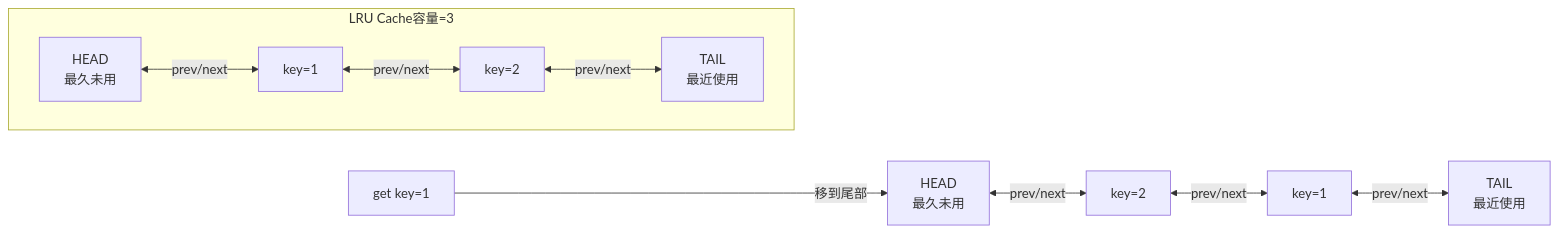
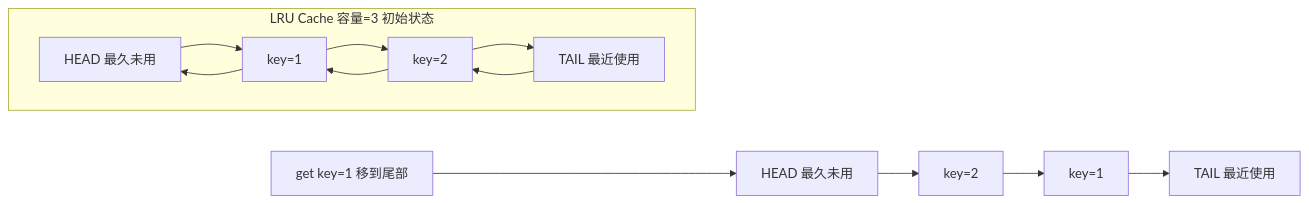
The diagram in 20_JavaKnowledge/02_集合框架/06、LinkedHashMap与LRU.md (zz12121/KnowledgeDevelope), drawn with Mermaid before and after one commit. The commit also changed 12 other files, not shown here.

Commit message:
fix: 修复全库 Mermaid 图表语法错误

````diff
--- a/20_JavaKnowledge/02_集合框架/06、LinkedHashMap与LRU.md
+++ b/20_JavaKnowledge/02_集合框架/06、LinkedHashMap与LRU.md
@@ -241,9 +241,10 @@
 ```mermaid
 flowchart LR
-    subgraph LRU[LRU Cache容量=3]
+    subgraph LRU["LRU Cache 容量=3 初始状态"]
         direction LR
-        H[HEAD<br/>最久未用] <-->|prev/next| A[key=1] <-->|prev/next| B[key=2] <-->|prev/next| T[TAIL<br/>最近使用]
+        H["HEAD 最久未用"] --> A["key=1"] --> B["key=2"] --> T["TAIL 最近使用"]
+        T --> B --> A --> H
     end
 
-    GET1[get key=1] -->|移到尾部| H2[HEAD<br/>最久未用] <-->|prev/next| B2[key=2] <-->|prev/next| A2[key=1] <-->|prev/next| T2[TAIL<br/>最近使用]
+    GET1["get key=1 移到尾部"] --> H2["HEAD 最久未用"] --> B2["key=2"] --> A2["key=1"] --> T2["TAIL 最近使用"]
 ```
````
